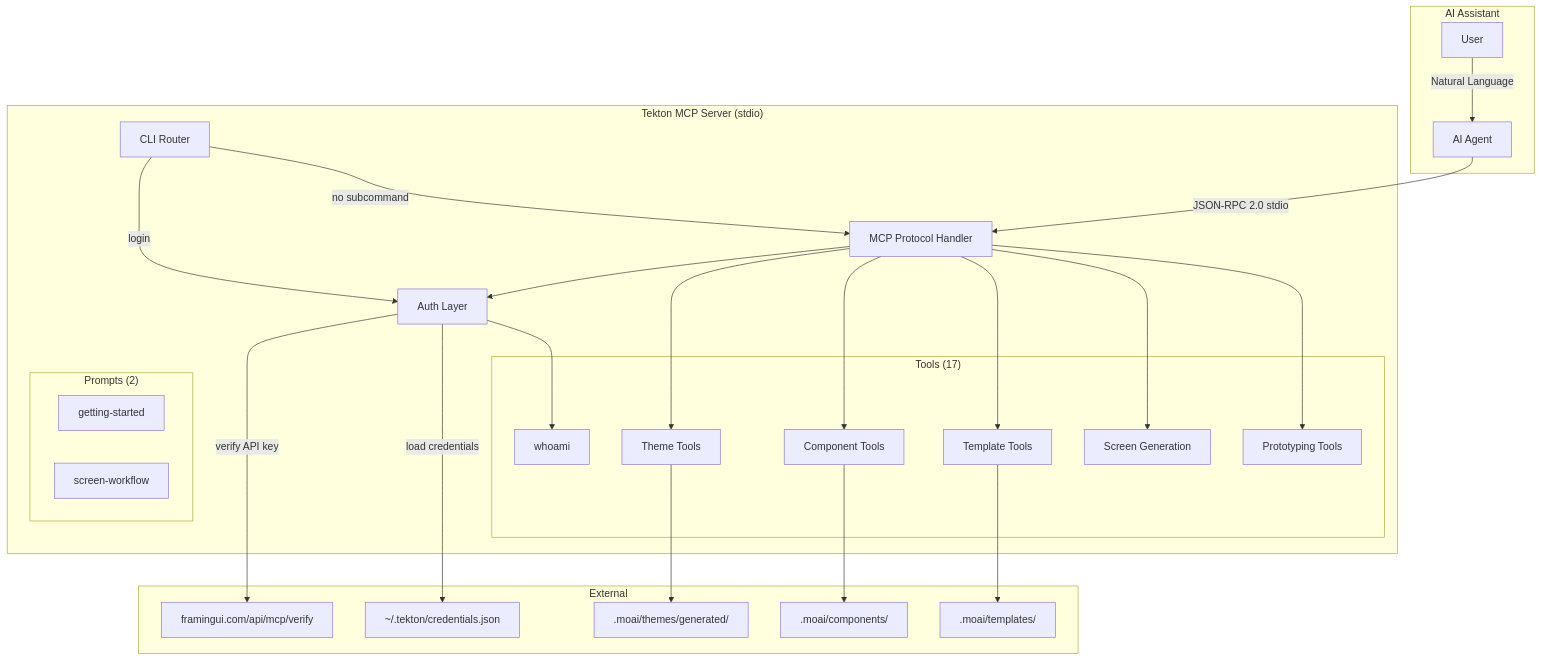
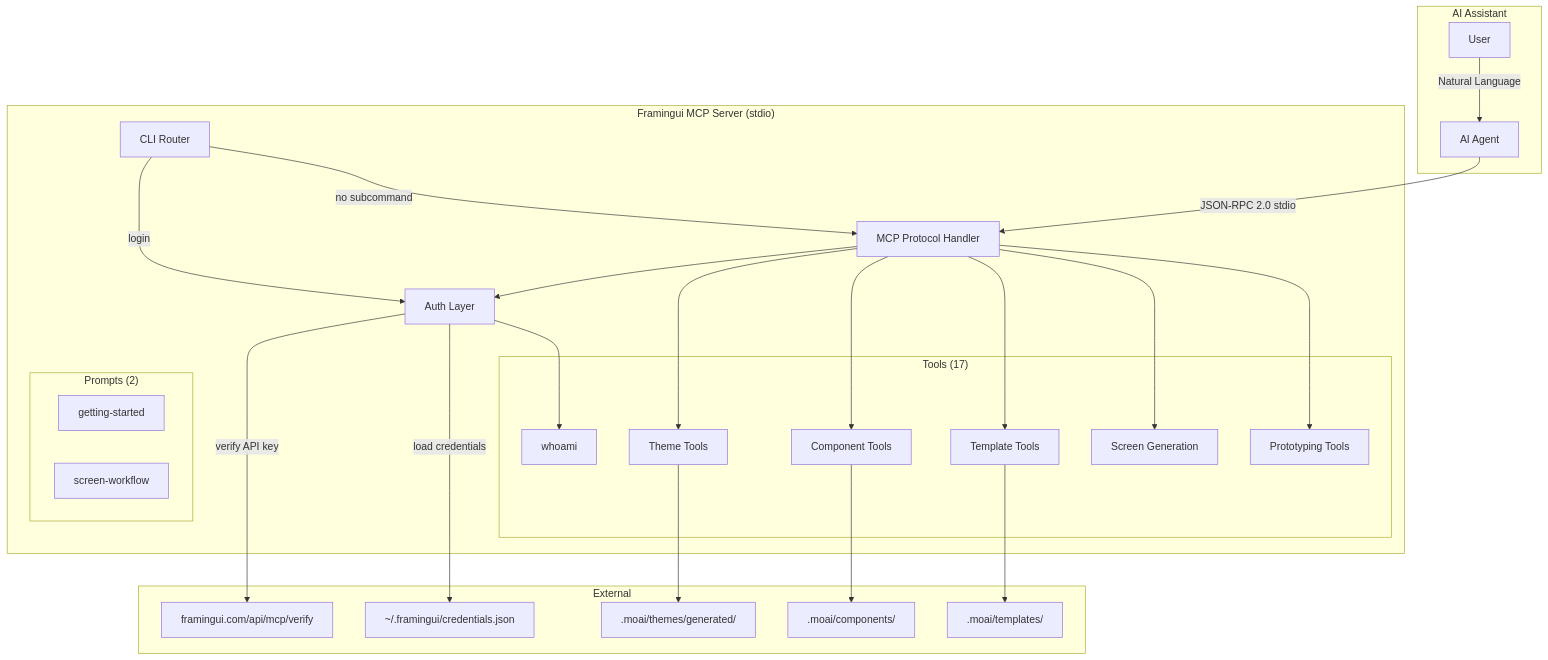
Before and after one commit to soo-kate-yeon/framingui: the first of 4 diagrams in packages/mcp-server/docs/04-architecture.md, drawn with Mermaid. The commit also changed other lines of this file and 54 other files, not shown here.

First line of the commit message:
chore(mcp): replace all tekton references with framingui

````diff
--- a/packages/mcp-server/docs/04-architecture.md
+++ b/packages/mcp-server/docs/04-architecture.md
@@ -44,53 +44,53 @@
 ```mermaid
 graph TB
     subgraph "AI Assistant"
         User[User]
         AI[AI Agent]
     end
 
-    subgraph "Tekton MCP Server (stdio)"
+    subgraph "Framingui MCP Server (stdio)"
         CLI[CLI Router]
         Auth[Auth Layer]
         MCP[MCP Protocol Handler]
 
         subgraph "Tools (17)"
             Whoami[whoami]
             ThemeTools[Theme Tools]
             ComponentTools[Component Tools]
             TemplateTools[Template Tools]
             ScreenTools[Screen Generation]
             ProtoTools[Prototyping Tools]
         end
 
         subgraph "Prompts (2)"
             P1[getting-started]
             P2[screen-workflow]
         end
     end
 
     subgraph "External"
-        TektonAPI[framingui.com/api/mcp/verify]
-        Credentials[~/.tekton/credentials.json]
+        FraminguiAPI[framingui.com/api/mcp/verify]
+        Credentials[~/.framingui/credentials.json]
         ThemeFiles[.moai/themes/generated/]
         ComponentFiles[.moai/components/]
         TemplateFiles[.moai/templates/]
     end
 
     User -->|Natural Language| AI
     AI -->|JSON-RPC 2.0 stdio| MCP
     MCP --> Auth
-    Auth -->|verify API key| TektonAPI
+    Auth -->|verify API key| FraminguiAPI
     Auth -->|load credentials| Credentials
     Auth --> Whoami
     MCP --> ThemeTools
     MCP --> ComponentTools
     MCP --> TemplateTools
     MCP --> ScreenTools
     MCP --> ProtoTools
     ThemeTools --> ThemeFiles
     ComponentTools --> ComponentFiles
     TemplateTools --> TemplateFiles
 
     CLI -->|login| Auth
     CLI -->|no subcommand| MCP
 ```
````
